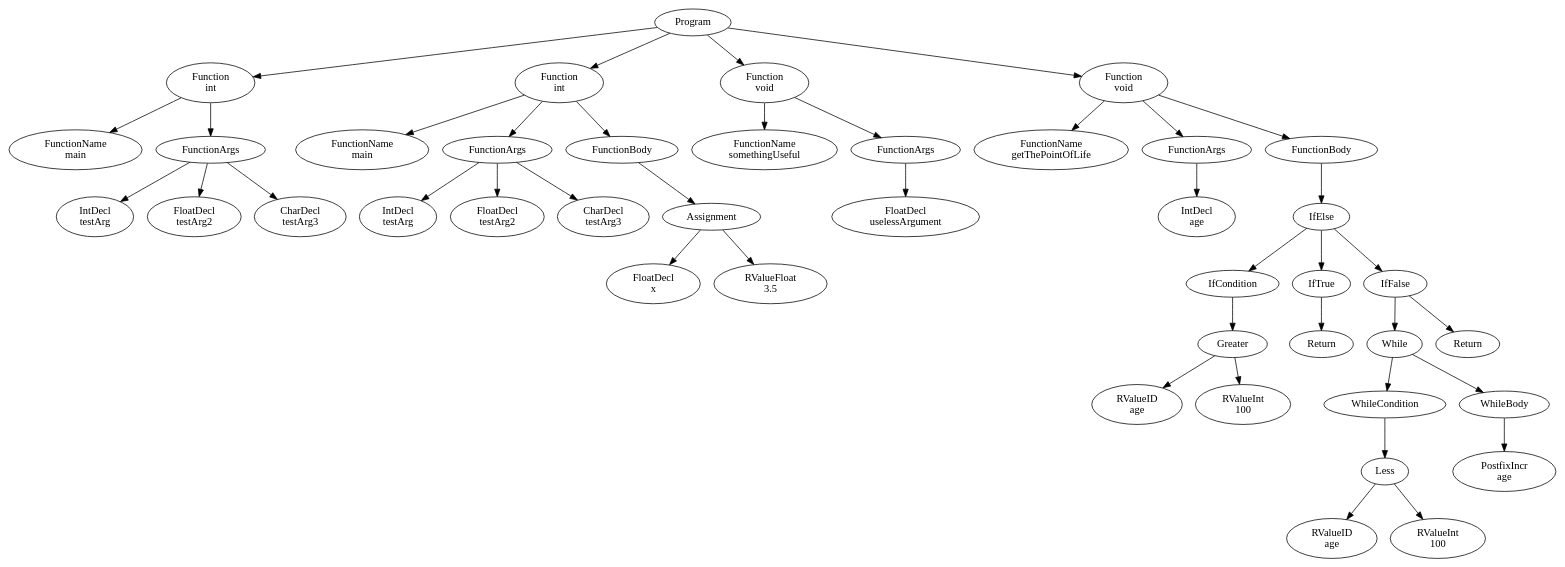
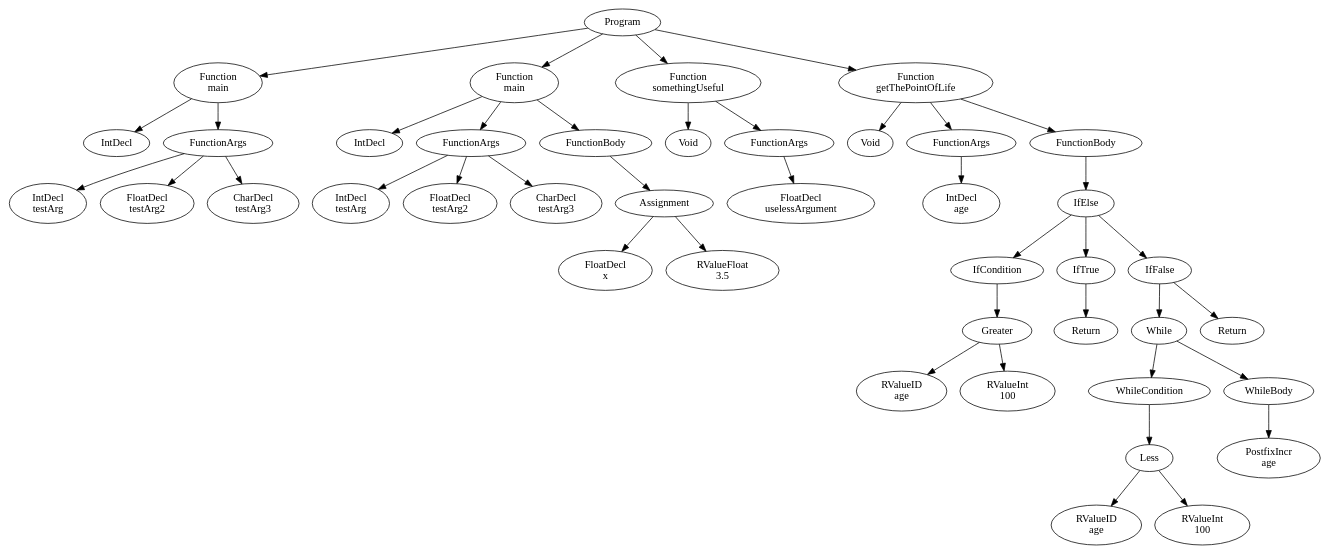
The diagram in official/res/solutions/functions.dot (FedericoQuin/Compilers), drawn with Graphviz before and after one commit. The commit also changed 18 other files, not shown here.

```diff
--- a/official/res/solutions/functions.dot
+++ b/official/res/solutions/functions.dot
@@ -1,85 +1,85 @@
 digraph AST {
 4 [label="Program"];
-5 [label="Function \nint"];
-6 [label="FunctionName \nmain"];
+5 [label="Function \nmain"];
+6 [label="IntDecl"];
 7 [label="FunctionArgs"];
 8 [label="IntDecl \ntestArg"];
 9 [label="FloatDecl \ntestArg2"];
 10 [label="CharDecl \ntestArg3"];
 7 -> 8;
 7 -> 9;
 7 -> 10;
 5 -> 6;
 5 -> 7;
-11 [label="Function \nint"];
-12 [label="FunctionName \nmain"];
+11 [label="Function \nmain"];
+12 [label="IntDecl"];
 13 [label="FunctionArgs"];
 14 [label="IntDecl \ntestArg"];
 15 [label="FloatDecl \ntestArg2"];
 16 [label="CharDecl \ntestArg3"];
 13 -> 14;
 13 -> 15;
 13 -> 16;
 17 [label="FunctionBody"];
 18 [label="Assignment"];
 19 [label="FloatDecl \nx"];
 20 [label="RValueFloat \n3.5"];
 18 -> 19;
 18 -> 20;
 17 -> 18;
 11 -> 12;
 11 -> 13;
 11 -> 17;
-21 [label="Function \nvoid"];
-22 [label="FunctionName \nsomethingUseful"];
+21 [label="Function \nsomethingUseful"];
+22 [label="Void"];
 23 [label="FunctionArgs"];
 24 [label="FloatDecl \nuselessArgument"];
 23 -> 24;
 21 -> 22;
 21 -> 23;
-25 [label="Function \nvoid"];
-26 [label="FunctionName \ngetThePointOfLife"];
+25 [label="Function \ngetThePointOfLife"];
+26 [label="Void"];
 27 [label="FunctionArgs"];
 28 [label="IntDecl \nage"];
 27 -> 28;
 29 [label="FunctionBody"];
 30 [label="IfElse"];
 31 [label="IfCondition"];
 32 [label="Greater"];
 33 [label="RValueID \nage"];
 34 [label="RValueInt \n100"];
 32 -> 33;
 32 -> 34;
 31 -> 32;
 35 [label="IfTrue"];
 36 [label="Return"];
 35 -> 36;
 37 [label="IfFalse"];
 38 [label="While"];
 39 [label="WhileCondition"];
 40 [label="Less"];
 41 [label="RValueID \nage"];
 42 [label="RValueInt \n100"];
 40 -> 41;
 40 -> 42;
 39 -> 40;
 43 [label="WhileBody"];
 44 [label="PostfixIncr \nage"];
 43 -> 44;
 38 -> 39;
 38 -> 43;
 45 [label="Return"];
 37 -> 38;
 37 -> 45;
 30 -> 31;
 30 -> 35;
 30 -> 37;
 29 -> 30;
 25 -> 26;
 25 -> 27;
 25 -> 29;
 4 -> 5;
 4 -> 11;
 4 -> 21;
 4 -> 25;
 }
```
